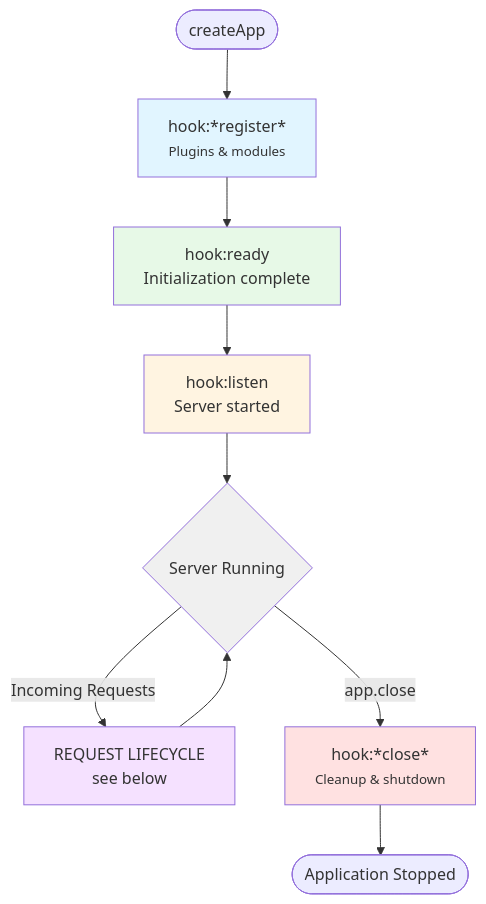
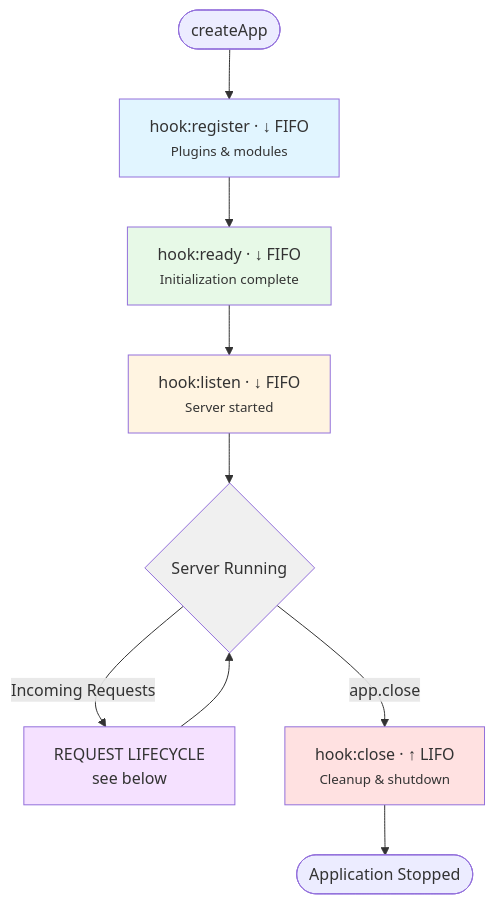
One commit to minima-js/minimajs changed the diagram in docs/core-concepts/diagrams/application-lifecycle.md. Above: the diagram before and after it, drawn with Mermaid. The commit also changed 16 other files, not shown here.

````diff
--- a/docs/core-concepts/diagrams/application-lifecycle.md
+++ b/docs/core-concepts/diagrams/application-lifecycle.md
@@ -1,18 +1,18 @@
 ```mermaid
 graph TD
     Start([createApp]) --> Register
-    Register[hook:*register*<br/><small>Plugins & modules] --> Ready
-    Ready[hook:ready<br/>Initialization complete] --> Listen
-    Listen[hook:listen<br/>Server started] --> Serving{Server Running}
+    Register["hook:register · ↓ FIFO<br/><small>Plugins & modules</small>"] --> Ready
+    Ready["hook:ready · ↓ FIFO<br/><small>Initialization complete</small>"] --> Listen
+    Listen["hook:listen · ↓ FIFO<br/><small>Server started</small>"] --> Serving{Server Running}
     Serving -->|Incoming Requests| RequestCycle[REQUEST LIFECYCLE<br/>see below]
     RequestCycle --> Serving
-    Serving -->|app.close| Close[hook:*close*<br/><small>Cleanup & shutdown</small>]
+    Serving -->|app.close| Close["hook:close · ↑ LIFO<br/><small>Cleanup & shutdown</small>"]
     Close --> End([Application Stopped])
 
     style Register fill:#e1f5ff
     style Ready fill:#e7f9e7
     style Listen fill:#fff4e1
     style Serving fill:#f0f0f0
     style Close fill:#ffe1e1
     style RequestCycle fill:#f5e1ff
 ```
````
